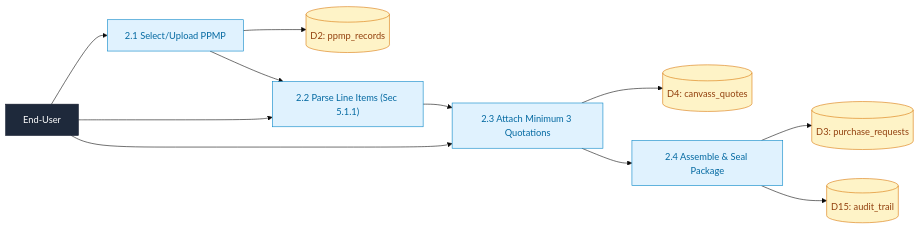
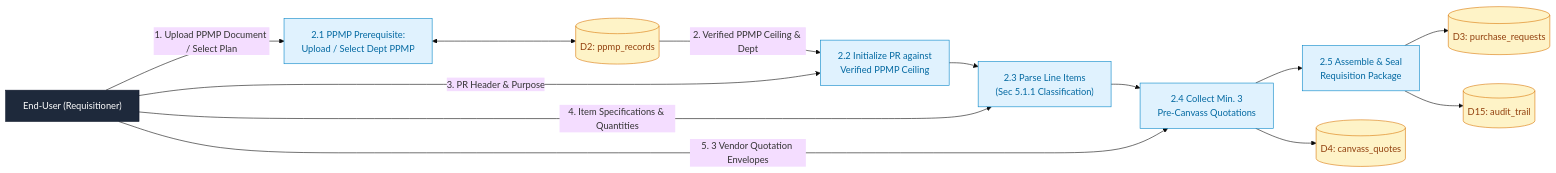
The ninth of 10 diagrams in docs/SYSTEM_WORKFLOW_AND_DFD.md (CarloBoang/procurewise-1), drawn with Mermaid (base theme) before and after one commit. The commit also changed other lines of this file and 25 other files, not shown here.

Commit message:
feat: enforce PPMP prerequisite upload before PR creation and update DFD and flowcharts

````diff
--- a/docs/SYSTEM_WORKFLOW_AND_DFD.md
+++ b/docs/SYSTEM_WORKFLOW_AND_DFD.md
@@ -471,28 +472,31 @@
 ```mermaid
 graph LR
     classDef entity fill:#1e293b,stroke:#0f172a,color:#ffffff;
     classDef subproc fill:#e0f2fe,stroke:#0284c7,color:#0369a1;
     classDef ds fill:#fef3c7,stroke:#d97706,color:#92400e;
 
-    EU["End-User"]:::entity
-    P21["2.1 Select/Upload PPMP"]:::subproc
-    P22["2.2 Parse Line Items (Sec 5.1.1)"]:::subproc
-    P23["2.3 Attach Minimum 3 Quotations"]:::subproc
-    P24["2.4 Assemble & Seal Package"]:::subproc
+    EU["End-User (Requisitioner)"]:::entity
+    P21["2.1 PPMP Prerequisite:<br/>Upload / Select Dept PPMP"]:::subproc
+    P22["2.2 Initialize PR against<br/>Verified PPMP Ceiling"]:::subproc
+    P23["2.3 Parse Line Items<br/>(Sec 5.1.1 Classification)"]:::subproc
+    P24["2.4 Collect Min. 3<br/>Pre-Canvass Quotations"]:::subproc
+    P25["2.5 Assemble & Seal<br/>Requisition Package"]:::subproc
 
     D_PPMP[("D2: ppmp_records")]:::ds
     D_PR[("D3: purchase_requests")]:::ds
     D_QUOTES[("D4: canvass_quotes")]:::ds
     D_AUDIT[("D15: audit_trail")]:::ds
 
-    EU --> P21
-    P21 --> D_PPMP
-    P21 --> P22
-    EU --> P22
+    EU -- "1. Upload PPMP Document / Select Plan" --> P21
+    P21 <--> D_PPMP
+    D_PPMP -- "2. Verified PPMP Ceiling & Dept" --> P22
+    EU -- "3. PR Header & Purpose" --> P22
     P22 --> P23
-    EU --> P23
-    P23 --> D_QUOTES
+    EU -- "4. Item Specifications & Quantities" --> P23
     P23 --> P24
-    P24 --> D_PR
-    P24 --> D_AUDIT
+    EU -- "5. 3 Vendor Quotation Envelopes" --> P24
+    P24 --> D_QUOTES
+    P24 --> P25
+    P25 --> D_PR
+    P25 --> D_AUDIT
 ```
````
